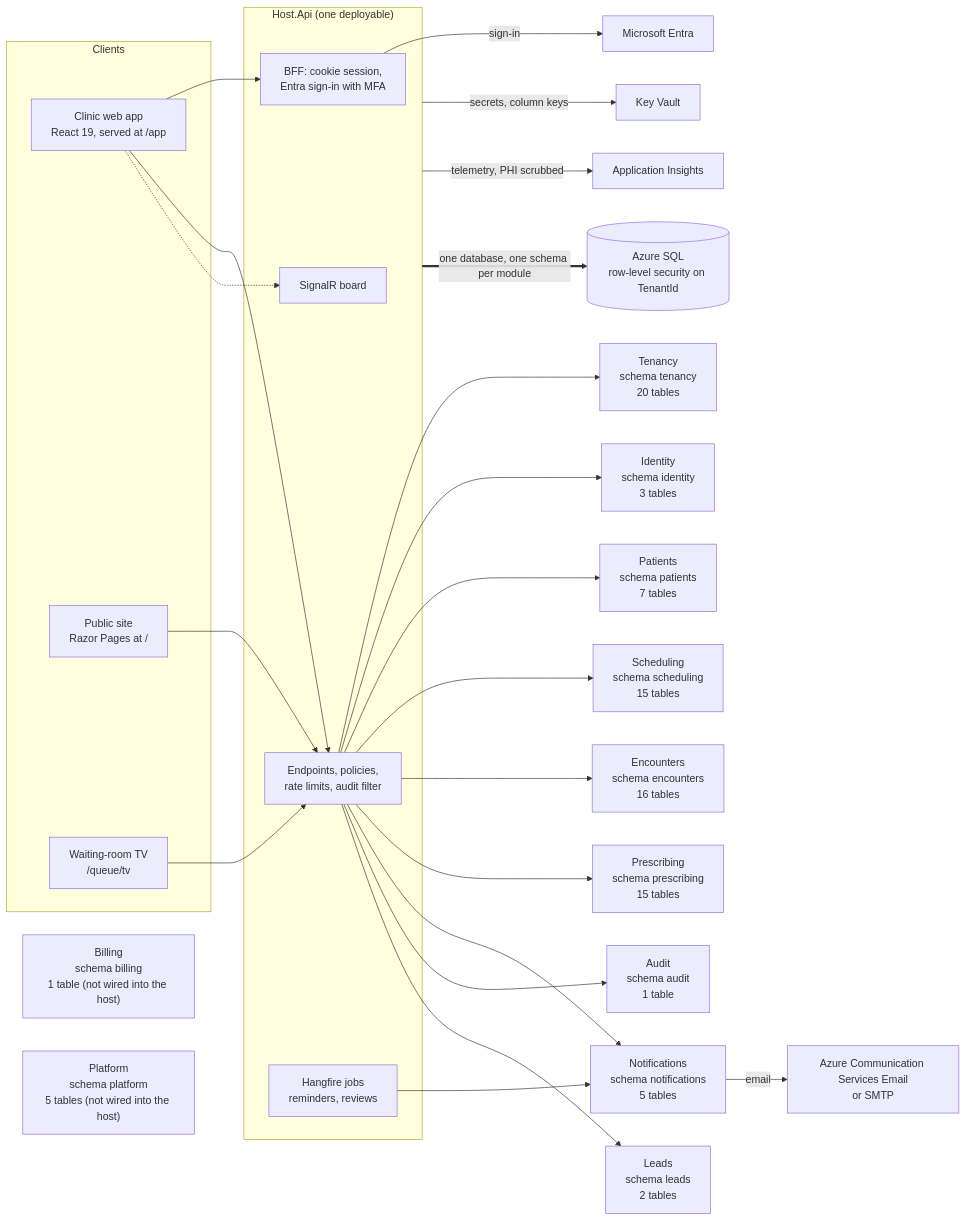
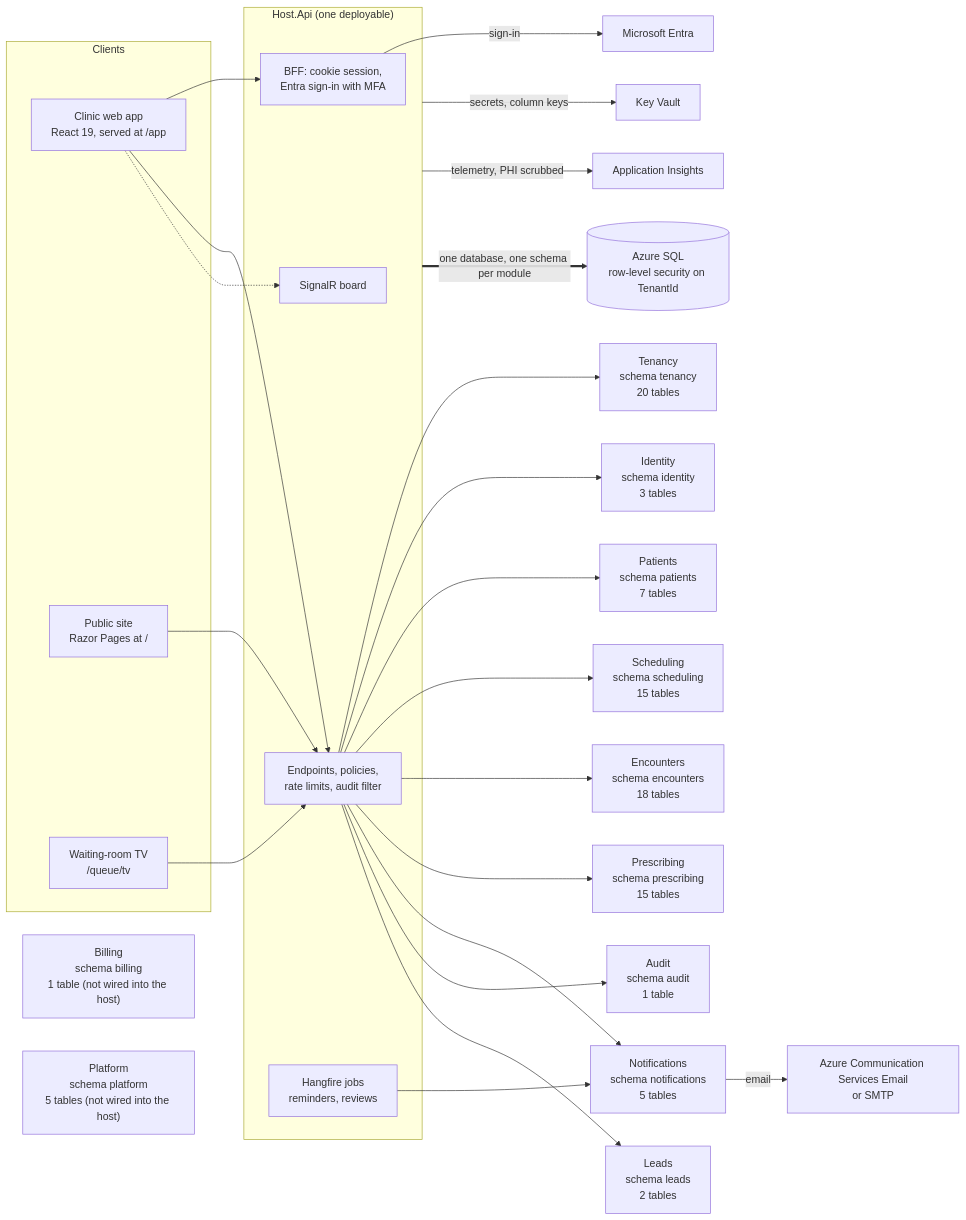
The first of 14 diagrams in docs/03-architecture/erd.md (ALFRED-LUCIFER/medvya), drawn with Mermaid before and after one commit. The commit also changed other lines of this file and 27 other files, not shown here.

````diff
--- a/docs/03-architecture/erd.md
+++ b/docs/03-architecture/erd.md
@@ -15,36 +15,36 @@
 ```mermaid
 flowchart LR
   subgraph Clients
     web["Clinic web app<br/>React 19, served at /app"]
     site["Public site<br/>Razor Pages at /"]
     tv["Waiting-room TV<br/>/queue/tv"]
   end
   subgraph Host["Host.Api (one deployable)"]
     bff["BFF: cookie session,<br/>Entra sign-in with MFA"]
     api["Endpoints, policies,<br/>rate limits, audit filter"]
     hub["SignalR board"]
     jobs["Hangfire jobs<br/>reminders, reviews"]
   end
   web --> bff
   web --> api
   web -.-> hub
   tv --> api
   site --> api
   api --> Tenancy["Tenancy<br/>schema tenancy<br/>20 tables"]
   api --> Identity["Identity<br/>schema identity<br/>3 tables"]
   api --> Patients["Patients<br/>schema patients<br/>7 tables"]
   api --> Scheduling["Scheduling<br/>schema scheduling<br/>15 tables"]
-  api --> Encounters["Encounters<br/>schema encounters<br/>16 tables"]
+  api --> Encounters["Encounters<br/>schema encounters<br/>18 tables"]
   api --> Prescribing["Prescribing<br/>schema prescribing<br/>15 tables"]
   api --> Notifications["Notifications<br/>schema notifications<br/>5 tables"]
   api --> Audit["Audit<br/>schema audit<br/>1 table"]
   api --> Leads["Leads<br/>schema leads<br/>2 tables"]
   Billing["Billing<br/>schema billing<br/>1 table (not wired into the host)"]
   Platform["Platform<br/>schema platform<br/>5 tables (not wired into the host)"]
   jobs --> Notifications
   bff -->|"sign-in"| entra["Microsoft Entra"]
   Notifications -->|"email"| mail["Azure Communication Services Email<br/>or SMTP"]
   Host -->|"secrets, column keys"| kv["Key Vault"]
   Host -->|"telemetry, PHI scrubbed"| ai["Application Insights"]
   Host ==>|"one database, one schema per module"| sql[("Azure SQL<br/>row-level security on TenantId")]
 ```
````
